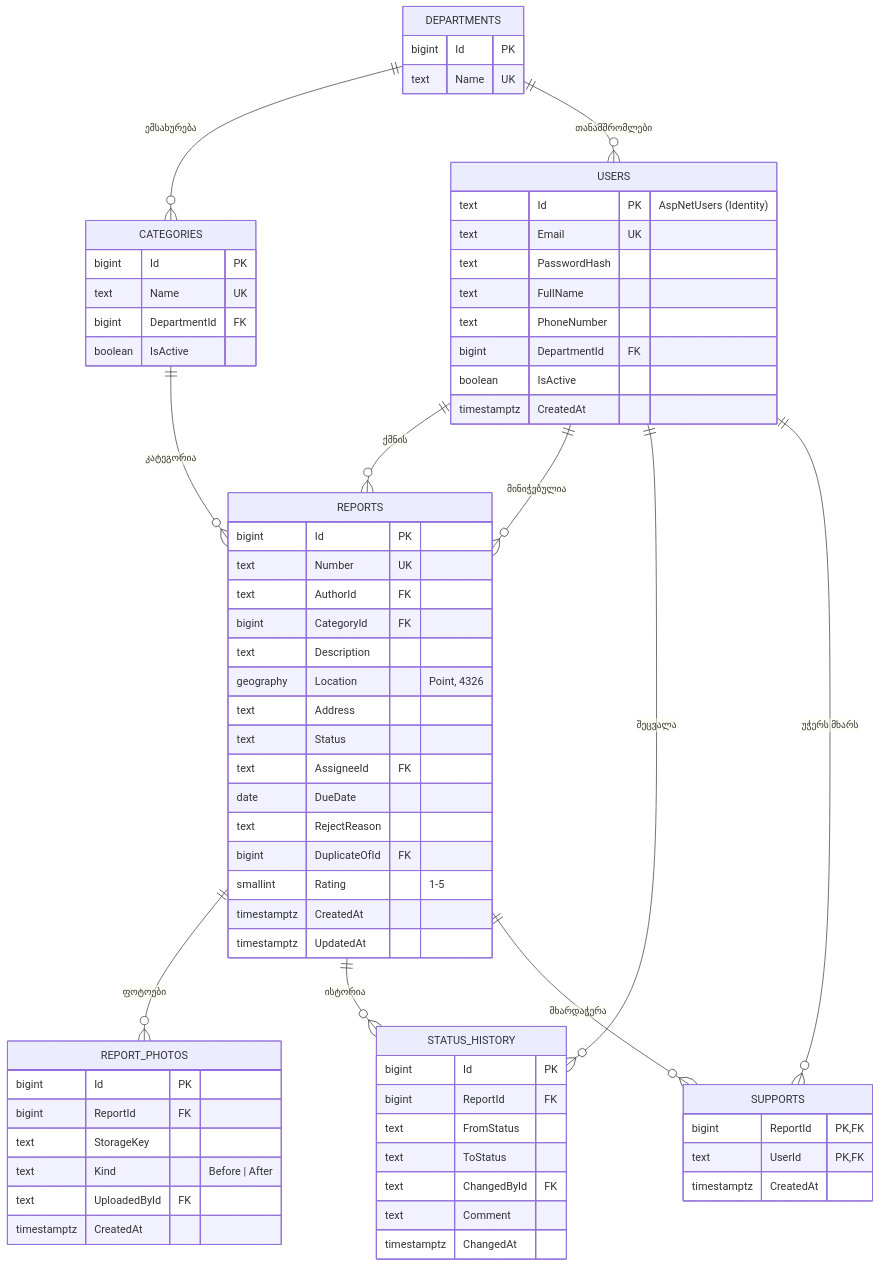
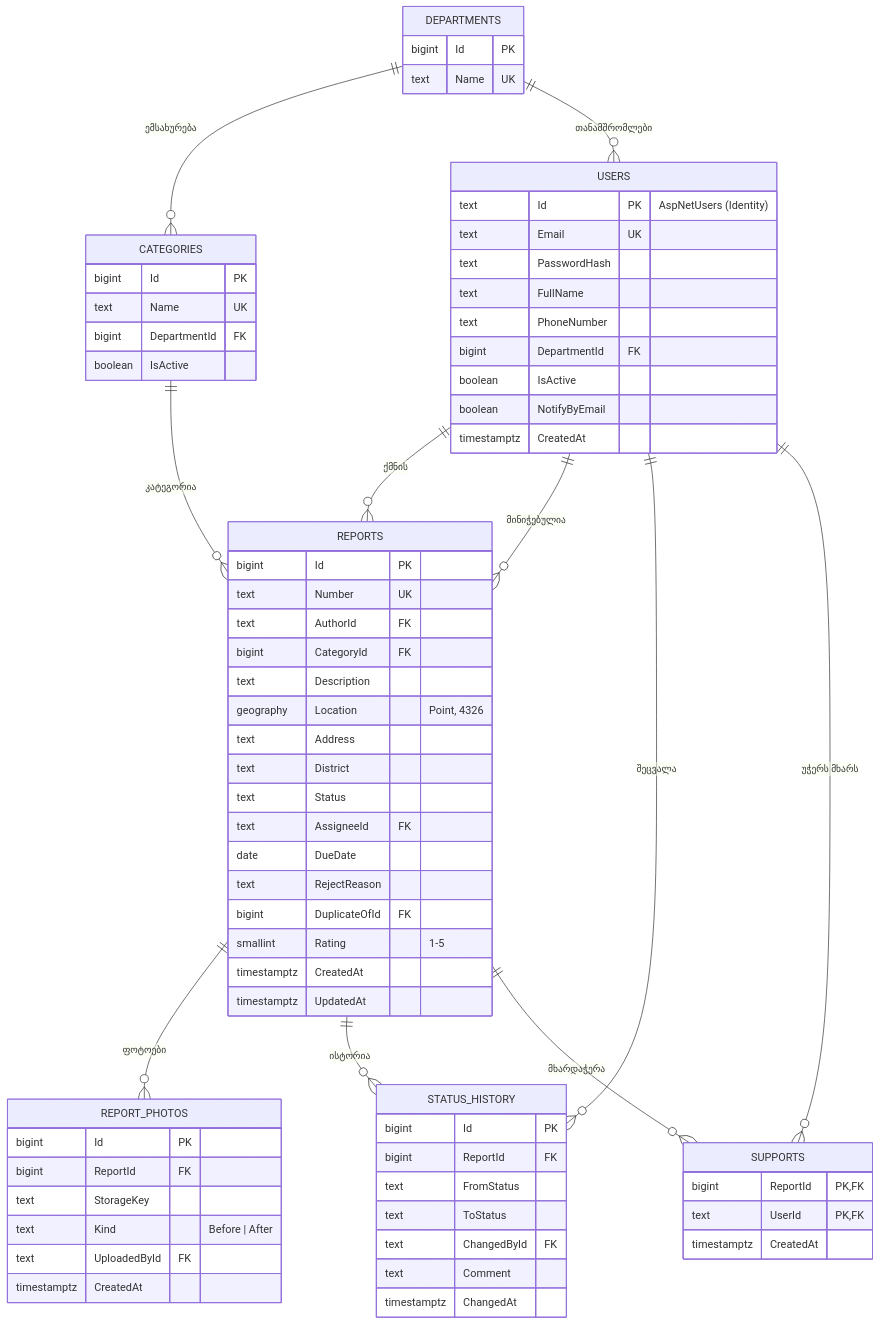
One commit to gigigiorgadze10/fixit changed the third of 3 diagrams in ARCHITECTURE.md. Above: the diagram before and after it, drawn with Mermaid. The commit also changed other lines of this file and 2 other files, not shown here.

````diff
--- a/ARCHITECTURE.md
+++ b/ARCHITECTURE.md
@@ -237,73 +267,75 @@
 ```mermaid
 erDiagram
     DEPARTMENTS ||--o{ CATEGORIES : "ემსახურება"
     DEPARTMENTS ||--o{ USERS : "თანამშრომლები"
     USERS ||--o{ REPORTS : "ქმნის"
     USERS ||--o{ REPORTS : "მინიჭებულია"
     CATEGORIES ||--o{ REPORTS : "კატეგორია"
     REPORTS ||--o{ REPORT_PHOTOS : "ფოტოები"
     REPORTS ||--o{ STATUS_HISTORY : "ისტორია"
     USERS ||--o{ STATUS_HISTORY : "შეცვალა"
     REPORTS ||--o{ SUPPORTS : "მხარდაჭერა"
     USERS ||--o{ SUPPORTS : "უჭერს მხარს"
 
     USERS {
         text Id PK "AspNetUsers (Identity)"
         text Email UK
         text PasswordHash
         text FullName
         text PhoneNumber
         bigint DepartmentId FK
         boolean IsActive
+        boolean NotifyByEmail
         timestamptz CreatedAt
     }
     DEPARTMENTS {
         bigint Id PK
         text Name UK
     }
     CATEGORIES {
         bigint Id PK
         text Name UK
         bigint DepartmentId FK
         boolean IsActive
     }
     REPORTS {
         bigint Id PK
         text Number UK
         text AuthorId FK
         bigint CategoryId FK
         text Description
         geography Location "Point, 4326"
         text Address
+        text District
         text Status
         text AssigneeId FK
         date DueDate
         text RejectReason
         bigint DuplicateOfId FK
         smallint Rating "1-5"
         timestamptz CreatedAt
         timestamptz UpdatedAt
     }
     REPORT_PHOTOS {
         bigint Id PK
         bigint ReportId FK
         text StorageKey
         text Kind "Before | After"
         text UploadedById FK
         timestamptz CreatedAt
     }
     STATUS_HISTORY {
         bigint Id PK
         bigint ReportId FK
         text FromStatus
         text ToStatus
         text ChangedById FK
         text Comment
         timestamptz ChangedAt
     }
     SUPPORTS {
         bigint ReportId PK, FK
         text UserId PK, FK
         timestamptz CreatedAt
     }
 ```
````
